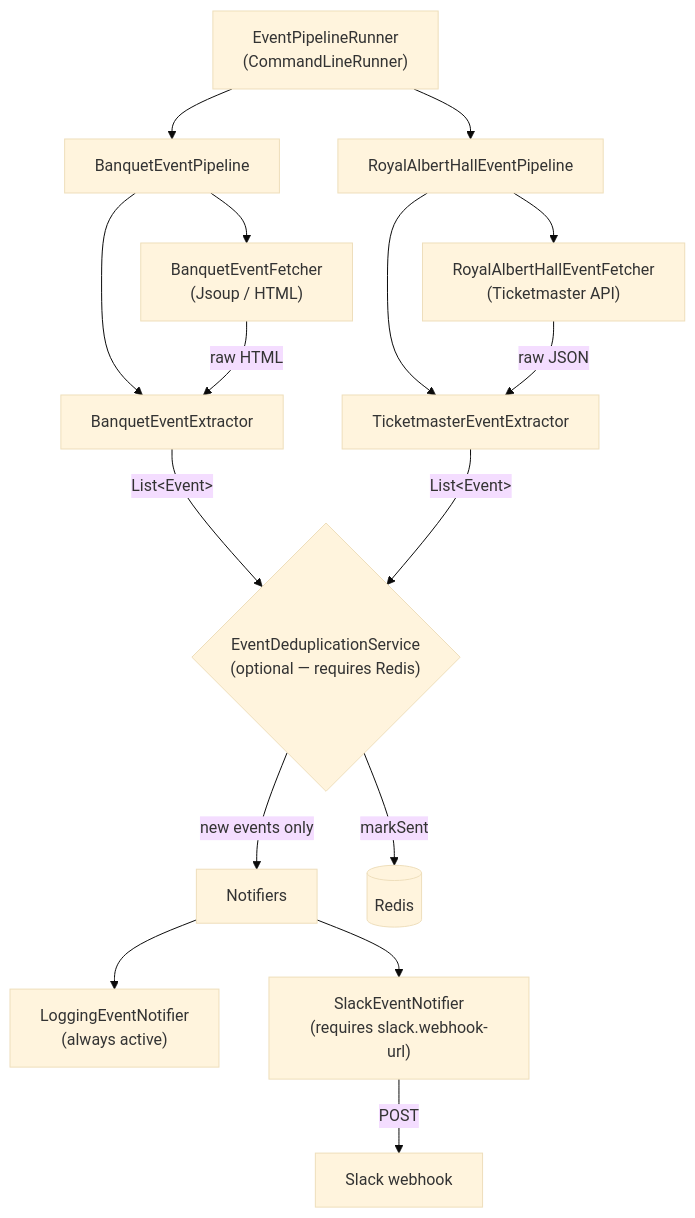
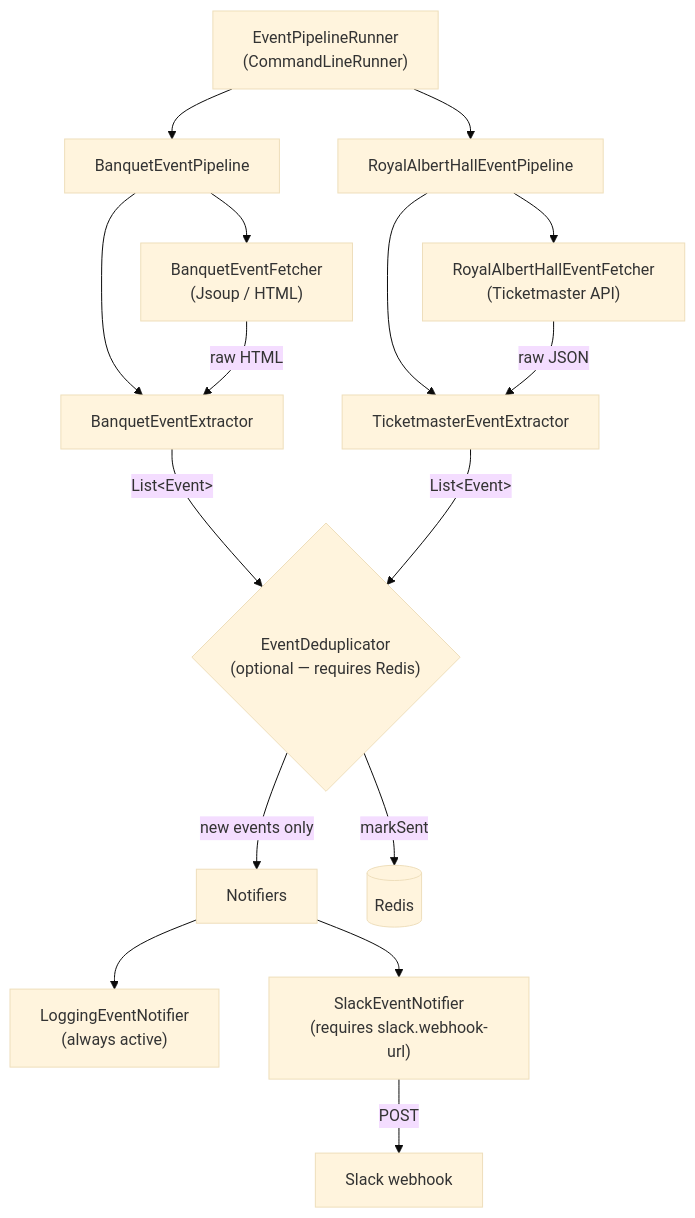
One commit to dermotmburke/gig-hub changed the diagram in README.md. Above: the diagram before and after it, drawn with Mermaid (base theme). The commit also changed other lines of this file and 8 other files, not shown here.

First line of the commit message:
Rename deduplication to deduplicator for consistent naming

````diff
--- a/README.md
+++ b/README.md
@@ -15,29 +15,29 @@
 ```mermaid
 flowchart TD
     Job["EventPipelineRunner\n(CommandLineRunner)"]
 
     Job --> BP["BanquetEventPipeline"]
     Job --> RP["RoyalAlbertHallEventPipeline"]
 
     BP --> BF["BanquetEventFetcher\n(Jsoup / HTML)"]
     BP --> BE["BanquetEventExtractor"]
 
     RP --> RF["RoyalAlbertHallEventFetcher\n(Ticketmaster API)"]
     RP --> TE["TicketmasterEventExtractor"]
 
     BF --> |raw HTML| BE
     RF --> |raw JSON| TE
 
     BE --> |List&lt;Event&gt;| Dedup
     TE --> |List&lt;Event&gt;| Dedup
 
-    Dedup{"EventDeduplicationService\n(optional — requires Redis)"}
+    Dedup{"EventDeduplicator\n(optional — requires Redis)"}
     Dedup --> |new events only| Notify
 
     Notify["Notifiers"]
     Notify --> Log["LoggingEventNotifier\n(always active)"]
     Notify --> Slack["SlackEventNotifier\n(requires slack.webhook-url)"]
 
     Dedup --> |markSent| Redis[("Redis")]
     Slack --> |POST| SlackAPI["Slack webhook"]
 ```
````
